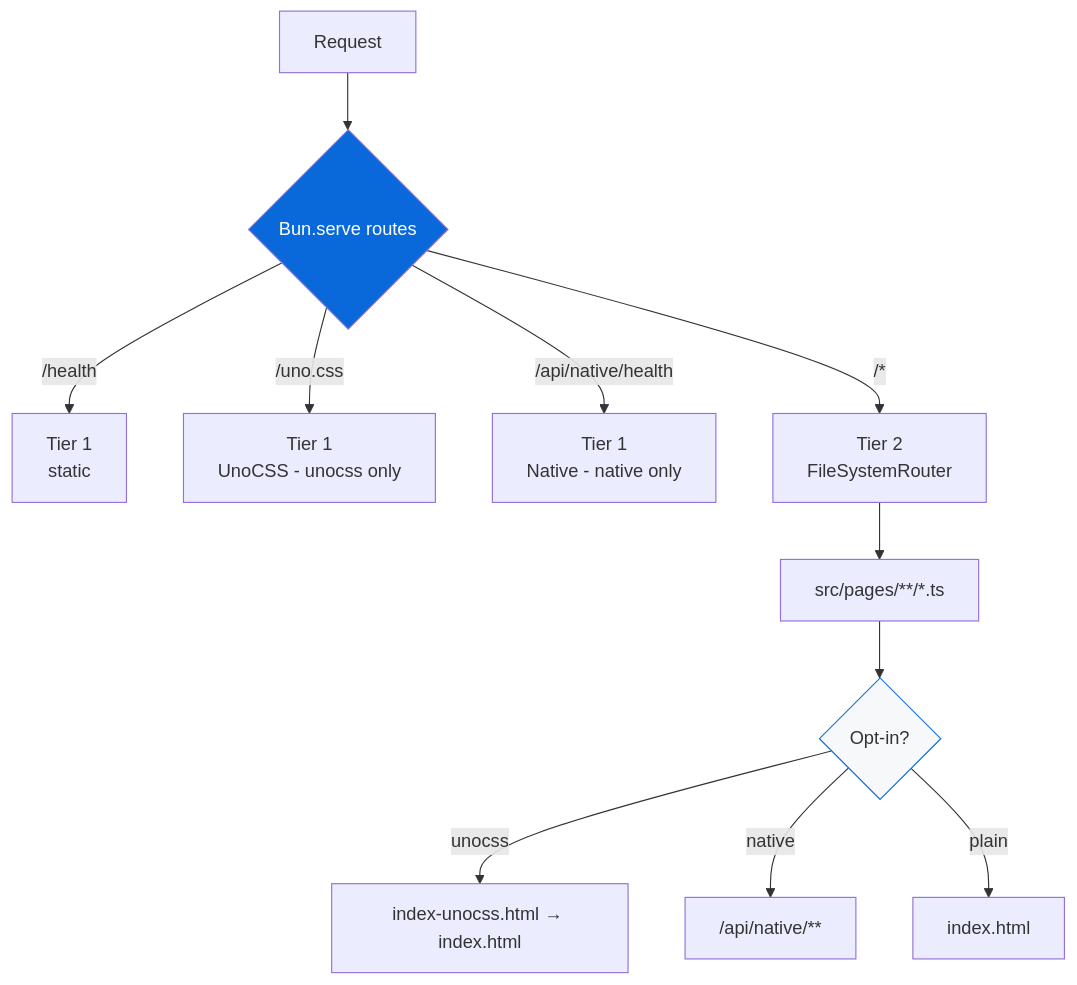
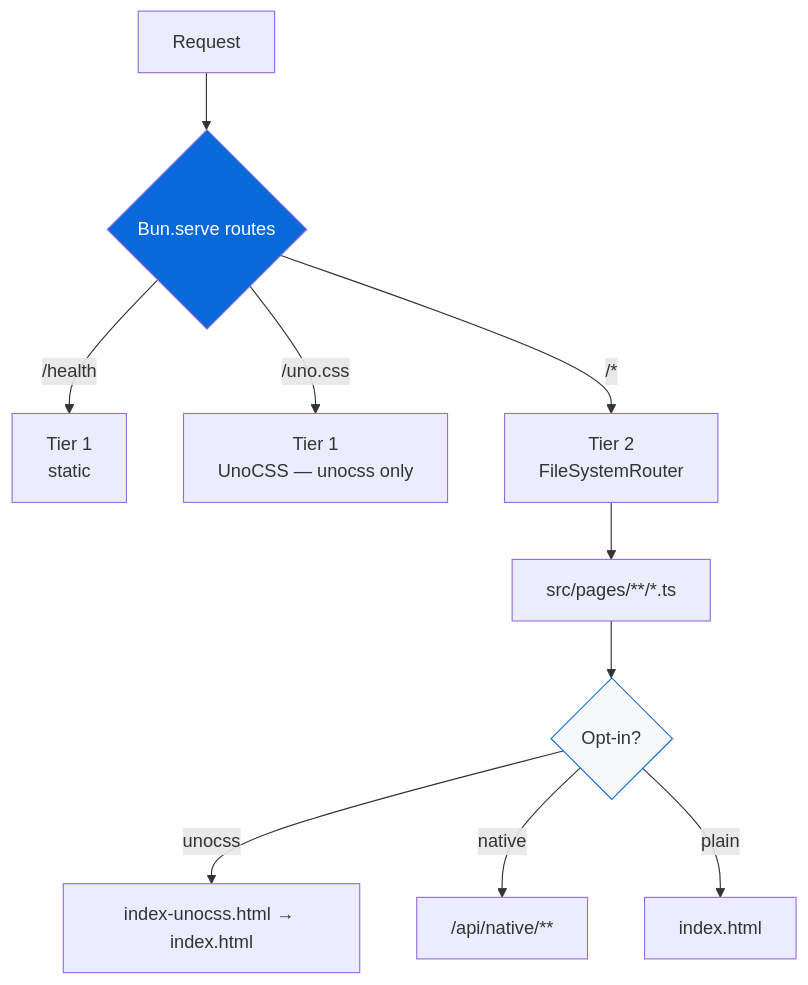
The diagram in apps/example/README.md (Archont561/ts-monorepo-template), drawn with Mermaid before and after one commit. The commit also changed other lines of this file and 16 other files, not shown here.

````diff
--- a/apps/example/README.md
+++ b/apps/example/README.md
@@ -106,16 +49,15 @@
 ```mermaid
 graph TD
     A[Request] --> B{Bun.serve routes}
     B -->|/health| C["Tier 1<br/>static"]
-    B -->|/uno.css| D["Tier 1<br/>UnoCSS - unocss only"]
-    B -->|/api/native/health| E["Tier 1<br/>Native - native only"]
-    B -->|"/*"| F["Tier 2<br/>FileSystemRouter"]
-    F --> G["src/pages/**/*.ts"]
-    G --> H{Opt-in?}
-    H -->|unocss| I["index-unocss.html → index.html"]
-    H -->|native| J["/api/native/**"]
-    H -->|plain| K["index.html"]
+    B -->|/uno.css| D["Tier 1<br/>UnoCSS — unocss only"]
+    B -->|"/*"| E["Tier 2<br/>FileSystemRouter"]
+    E --> F["src/pages/**/*.ts"]
+    F --> G{Opt-in?}
+    G -->|unocss| H["index-unocss.html → index.html"]
+    G -->|native| I["/api/native/**"]
+    G -->|plain| J["index.html"]
 
     style B fill:#0969DA,color:#fff
-    style H fill:#f6f8fa,stroke:#0969DA
+    style G fill:#f6f8fa,stroke:#0969DA
 ```
````
